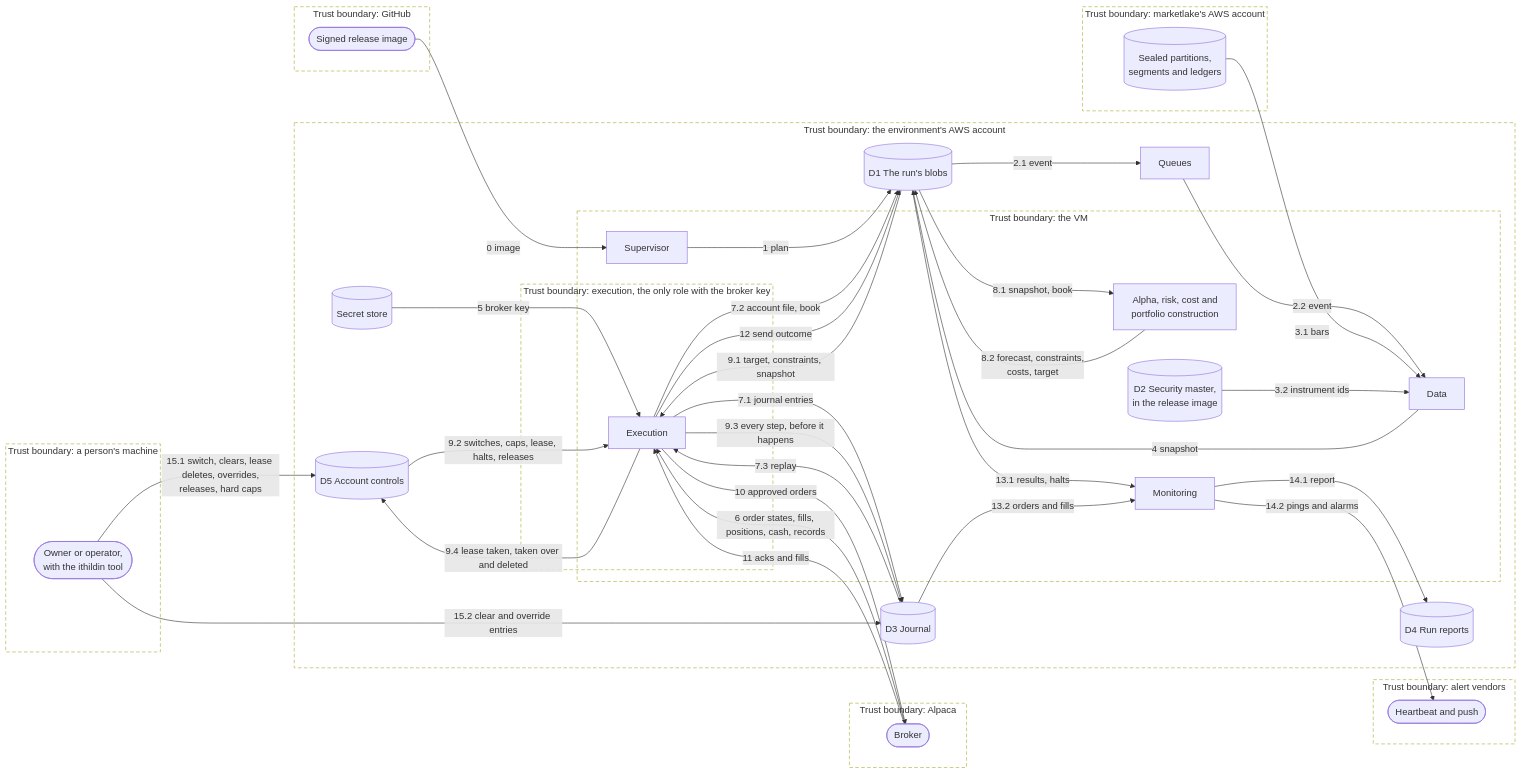
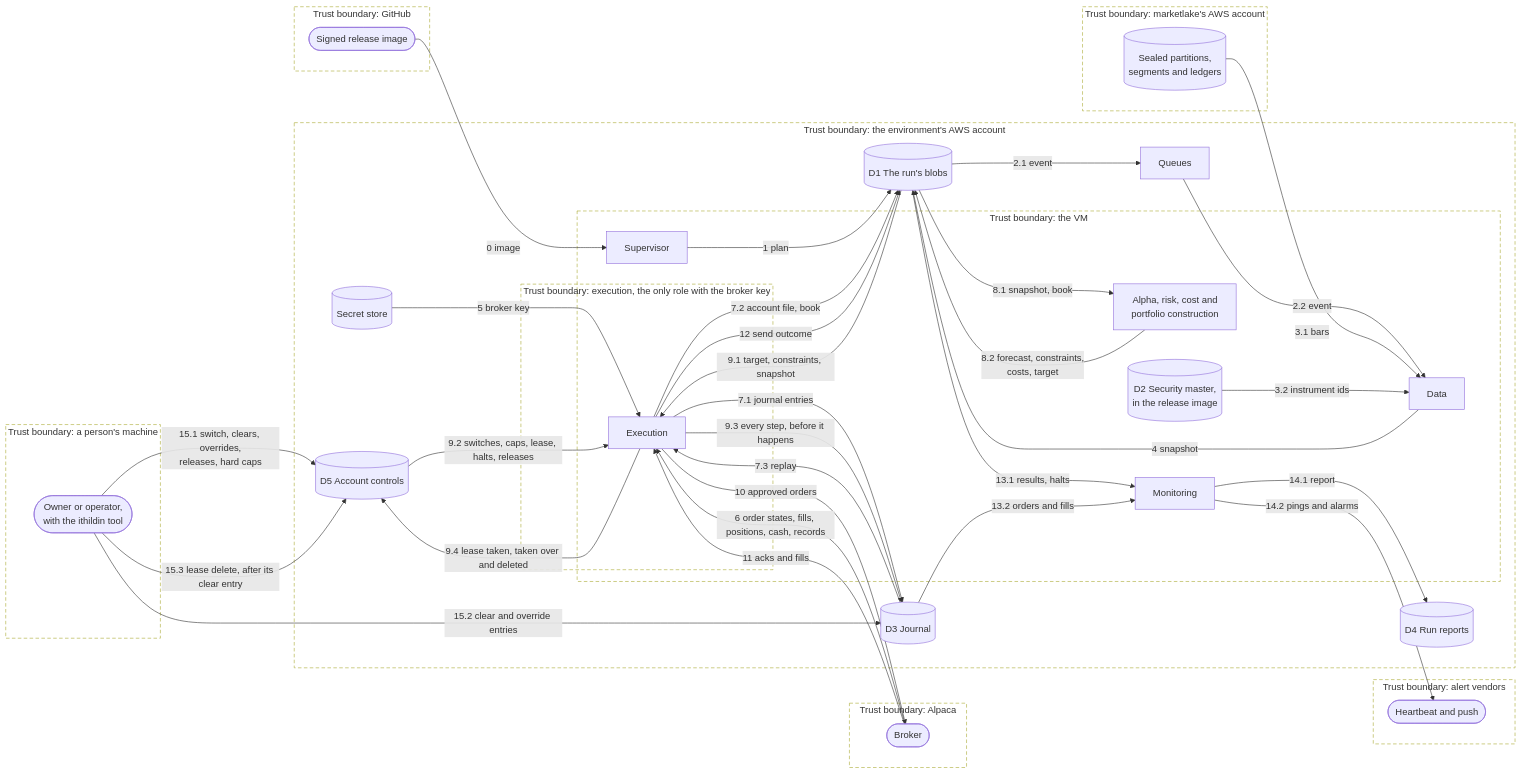
Diagram 12 of 34 in docs/architecture.md (l3a0/ithildin-runtime), drawn with Mermaid before and after one commit. The commit also changed other lines of this file and 2 other files, not shown here.

````diff
--- a/docs/architecture.md
+++ b/docs/architecture.md
@@ -687,67 +687,68 @@
 ```mermaid
 flowchart LR
     subgraph tb_person["Trust boundary: a person's machine"]
         person(["Owner or operator,<br/>with the ithildin tool"])
     end
     subgraph tb_github["Trust boundary: GitHub"]
         registry(["Signed release image"])
     end
     subgraph tb_marketlake["Trust boundary: marketlake's AWS account"]
         lake[("Sealed partitions,<br/>segments and ledgers")]
     end
     subgraph tb_broker["Trust boundary: Alpaca"]
         brokerx(["Broker"])
     end
     subgraph tb_alert["Trust boundary: alert vendors"]
         alert(["Heartbeat and push"])
     end
     subgraph tb_account["Trust boundary: the environment's AWS account"]
         subgraph tb_vm["Trust boundary: the VM"]
             sup["Supervisor"]
             data["Data"]
             models["Alpha, risk, cost and<br/>portfolio construction"]
             mon["Monitoring"]
             d2[("D2 Security master,<br/>in the release image")]
             subgraph tb_exec["Trust boundary: execution, the only role with the broker key"]
                 exec["Execution"]
             end
         end
         queue["Queues"]
         secret[("Secret store")]
         d1[("D1 The run's blobs")]
         d3[("D3 Journal")]
         d4[("D4 Run reports")]
         d5[("D5 Account controls")]
     end
 
     registry -->|"0 image"| sup
     sup -->|"1 plan"| d1
     d1 -->|"2.1 event"| queue
     queue -->|"2.2 event"| data
     lake -->|"3.1 bars"| data
     d2 -->|"3.2 instrument ids"| data
     data -->|"4 snapshot"| d1
     secret -->|"5 broker key"| exec
     brokerx -->|"6 order states, fills, positions, cash, records"| exec
     exec -->|"7.1 journal entries"| d3
     exec -->|"7.2 account file, book"| d1
     d3 -->|"7.3 replay"| exec
     d1 -->|"8.1 snapshot, book"| models
     models -->|"8.2 forecast, constraints,<br/>costs, target"| d1
     d1 -->|"9.1 target, constraints, snapshot"| exec
     d5 -->|"9.2 switches, caps, lease, halts, releases"| exec
     exec -->|"9.3 every step, before it happens"| d3
     exec -->|"9.4 lease taken, taken over and deleted"| d5
     exec -->|"10 approved orders"| brokerx
     brokerx -->|"11 acks and fills"| exec
     exec -->|"12 send outcome"| d1
     d1 -->|"13.1 results, halts"| mon
     d3 -->|"13.2 orders and fills"| mon
     mon -->|"14.1 report"| d4
     mon -->|"14.2 pings and alarms"| alert
-    person -->|"15.1 switch, clears, lease deletes, overrides,<br/>releases, hard caps"| d5
+    person -->|"15.1 switch, clears, overrides,<br/>releases, hard caps"| d5
     person -->|"15.2 clear and override entries"| d3
+    person -->|"15.3 lease delete, after its clear entry"| d5
 
     classDef boundary fill:none,stroke-dasharray:6 4
     class tb_person,tb_github,tb_marketlake,tb_broker,tb_alert,tb_account,tb_vm,tb_exec boundary
 ```
````
